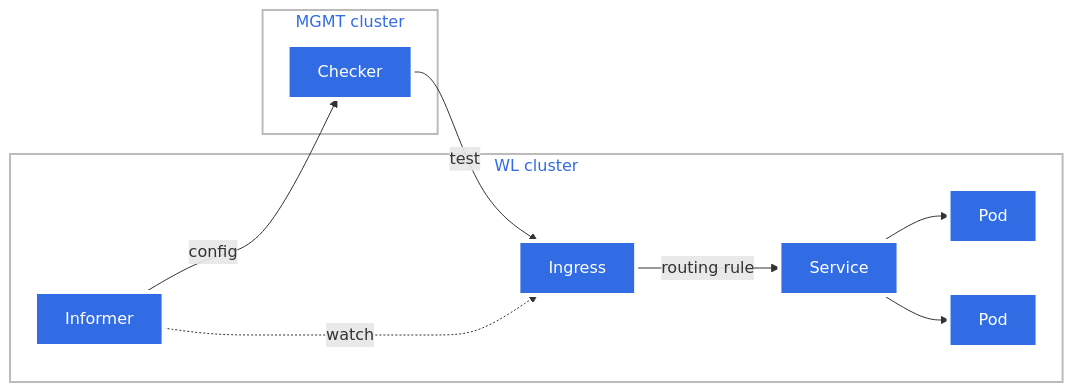
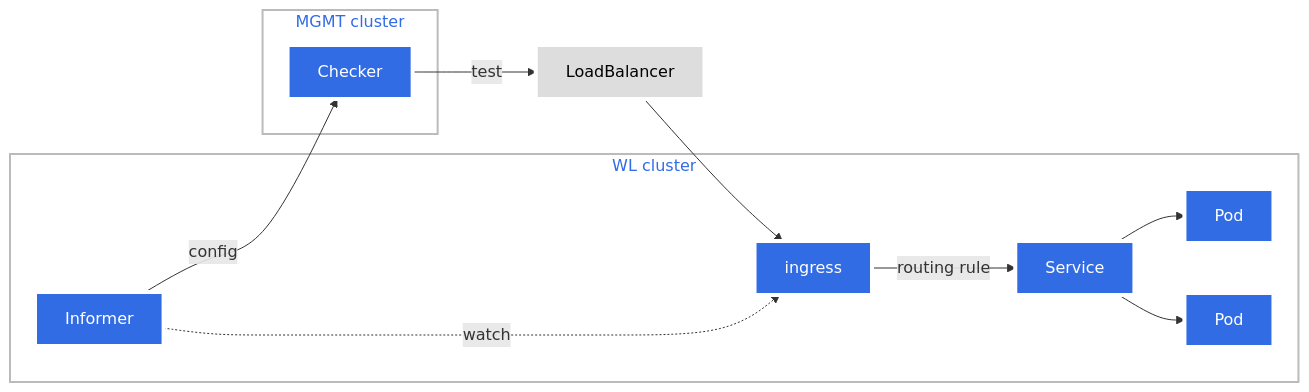
The diagram in README.md (javiercri/synthetic-checker), drawn with Mermaid before and after one commit.

Commit message:
docs: update the diagram

````diff
--- a/README.md
+++ b/README.md
@@ -35,25 +35,25 @@
 ```mermaid
 graph LR;
 
- checker[Checker]-->|test|ingress[Ingress];
+ checker[Checker]-->|test|lb[LoadBalancer];
+ lb-->ingress
  informer[Informer]-->|config|checker;
-
 
  subgraph MGMT cluster
   checker;
  end
 
  subgraph WL cluster
   informer-.watch.->ingress;
   ingress-->|routing rule|service[Service];
   service-->pod1[Pod];
   service-->pod2[Pod];
  end
 
  classDef plain fill:#ddd,stroke:#fff,stroke-width:4px,color:#000;
  classDef k8s fill:#326ce5,stroke:#fff,stroke-width:4px,color:#fff;
  classDef cluster fill:#fff,stroke:#bbb,stroke-width:2px,color:#326ce5;
  class checker,informer,ingress,service,pod1,pod2 k8s;
- class client plain;
+ class lb plain;
  class cluster cluster;
 ```
````
